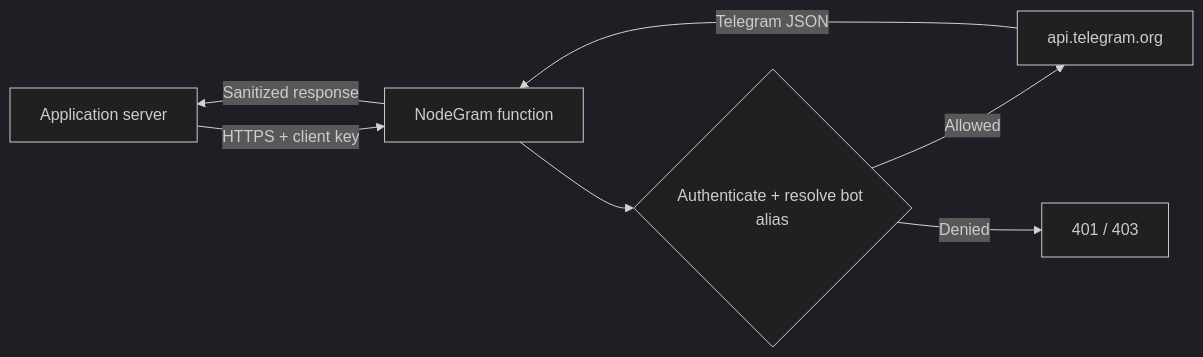
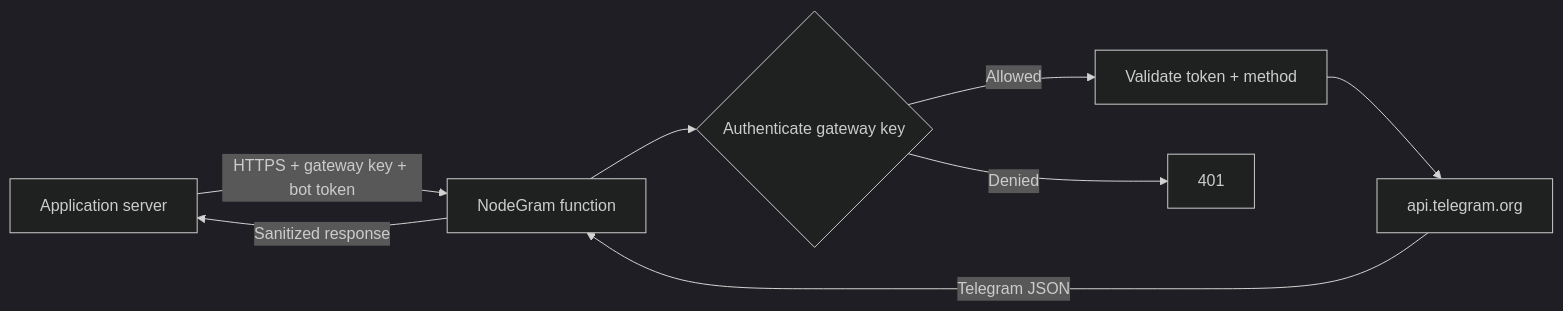
Before and after one commit to NODE-Group-IR/NodeGram: the diagram in README.md, drawn with Mermaid (dark theme). The commit also changed other lines of this file and 34 other files, not shown here.

First line of the commit message:
Update NodeGram to version 1.1.0

````diff
--- a/README.md
+++ b/README.md
@@ -30,9 +30,10 @@
 ```mermaid
 flowchart LR
-    A["Application server"] -->|"HTTPS + client key"| B["NodeGram function"]
-    B --> C{"Authenticate + resolve bot alias"}
-    C -->|"Allowed"| D["api.telegram.org"]
-    C -->|"Denied"| E["401 / 403"]
-    D -->|"Telegram JSON"| B
+    A["Application server"] -->|"HTTPS + gateway key + bot token"| B["NodeGram function"]
+    B --> C{"Authenticate gateway key"}
+    C -->|"Allowed"| D["Validate token + method"]
+    D --> E["api.telegram.org"]
+    C -->|"Denied"| F["401"]
+    E -->|"Telegram JSON"| B
     B -->|"Sanitized response"| A
 ```
````
